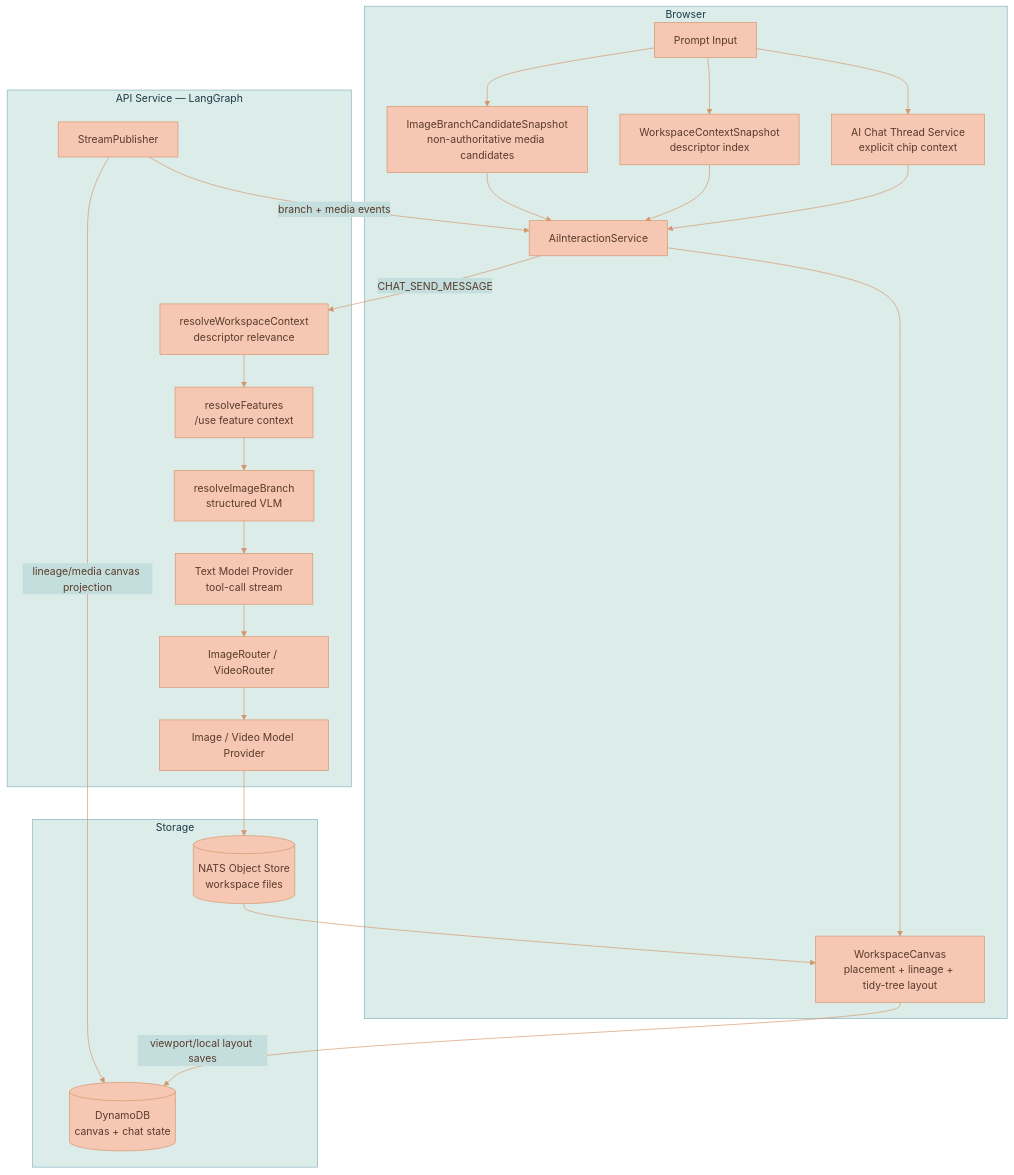
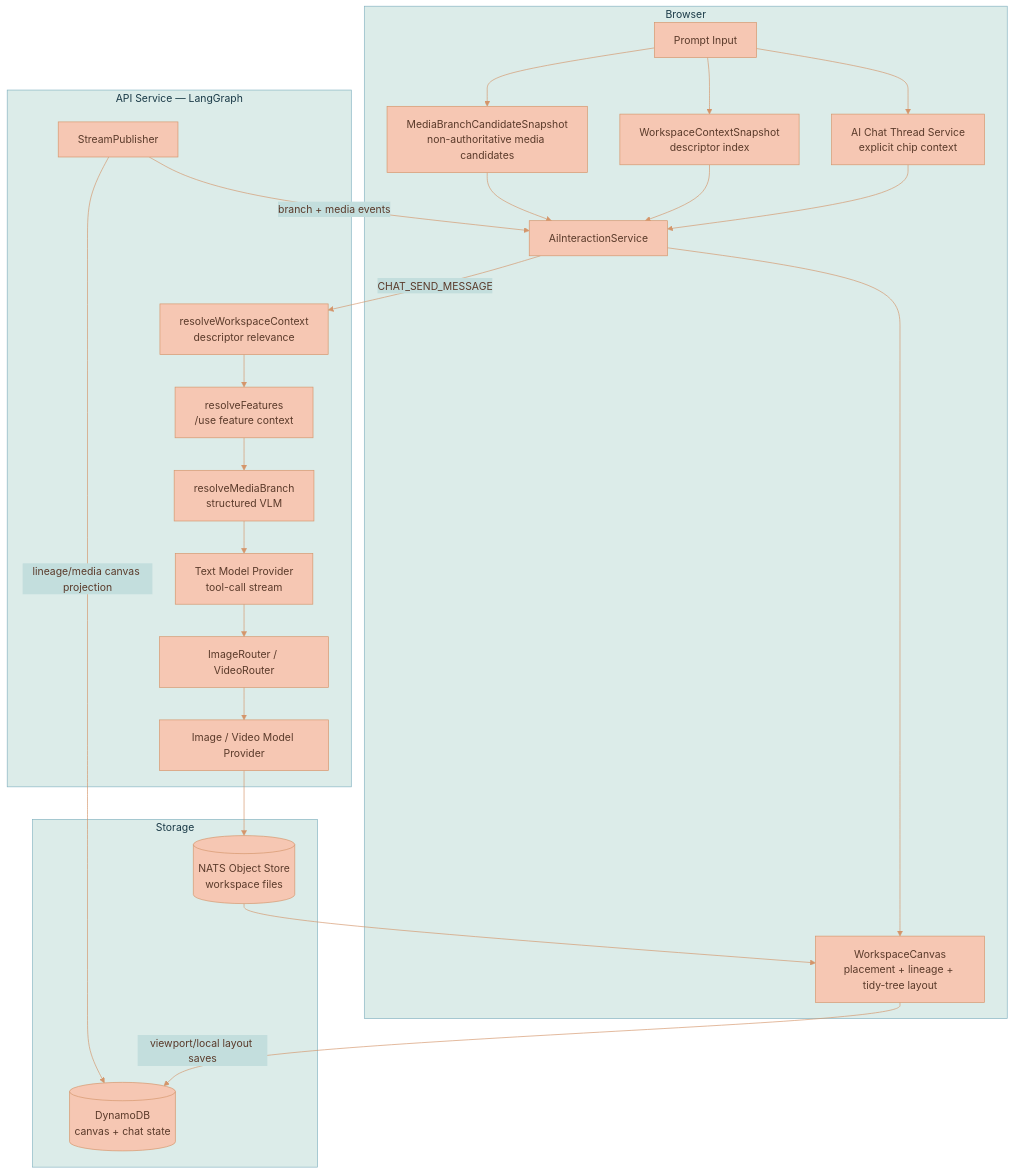
The first of 3 diagrams in documentation/media-generation/BRANCH-LINEAGE.md (Lixpi/lixpi), drawn with Mermaid before and after one commit. The commit also changed other lines of this file and 40 other files, not shown here.

Commit message:
LIX-307 # Rename image-branch resolver to media-branch resolver for image/video parity

````diff
--- a/documentation/media-generation/BRANCH-LINEAGE.md
+++ b/documentation/media-generation/BRANCH-LINEAGE.md
@@ -85,46 +85,46 @@
 ```mermaid
 %%{init: {'theme': 'base', 'themeVariables': { 'primaryColor': '#F6C7B3', 'primaryTextColor': '#5a3a2a', 'primaryBorderColor': '#d4956a', 'secondaryColor': '#C3DEDD', 'secondaryTextColor': '#1a3a47', 'secondaryBorderColor': '#4a8a9d', 'tertiaryColor': '#DCECE9', 'tertiaryTextColor': '#1a3a47', 'tertiaryBorderColor': '#82B2C0', 'lineColor': '#d4956a', 'textColor': '#5a3a2a'}}}%%
 flowchart TB
     subgraph Browser["Browser"]
         Prompt[Prompt Input]
-        Snapshot[ImageBranchCandidateSnapshot<br/>non-authoritative media candidates]
+        Snapshot[MediaBranchCandidateSnapshot<br/>non-authoritative media candidates]
         WContext[WorkspaceContextSnapshot<br/>descriptor index]
         Context[AI Chat Thread Service<br/>explicit chip context]
         AIS[AiInteractionService]
         Canvas[WorkspaceCanvas<br/>placement + lineage + tidy-tree layout]
     end
 
     subgraph API["API Service — LangGraph"]
         Relevance[resolveWorkspaceContext<br/>descriptor relevance]
         Features[resolveFeatures<br/>/use feature context]
-        Resolver[resolveImageBranch<br/>structured VLM]
+        Resolver[resolveMediaBranch<br/>structured VLM]
         Provider[Text Model Provider<br/>tool-call stream]
         Router[ImageRouter / VideoRouter]
         MediaModel[Image / Video Model Provider]
         Publisher[StreamPublisher]
     end
 
     subgraph Storage["Storage"]
         DDB[(DynamoDB<br/>canvas + chat state)]
         Obj[(NATS Object Store<br/>workspace files)]
     end
 
     Prompt --> Snapshot
     Prompt --> WContext
     Prompt --> Context
     Snapshot --> AIS
     WContext --> AIS
     Context --> AIS
     AIS -->|CHAT_SEND_MESSAGE| Relevance
     Relevance --> Features
     Features --> Resolver
     Resolver --> Provider
     Provider --> Router
     Router --> MediaModel
     MediaModel --> Obj
     Publisher -->|branch + media events| AIS
     Publisher -->|lineage/media canvas projection| DDB
     AIS --> Canvas
     Canvas -->|viewport/local layout saves| DDB
     Obj --> Canvas
 ```
````
